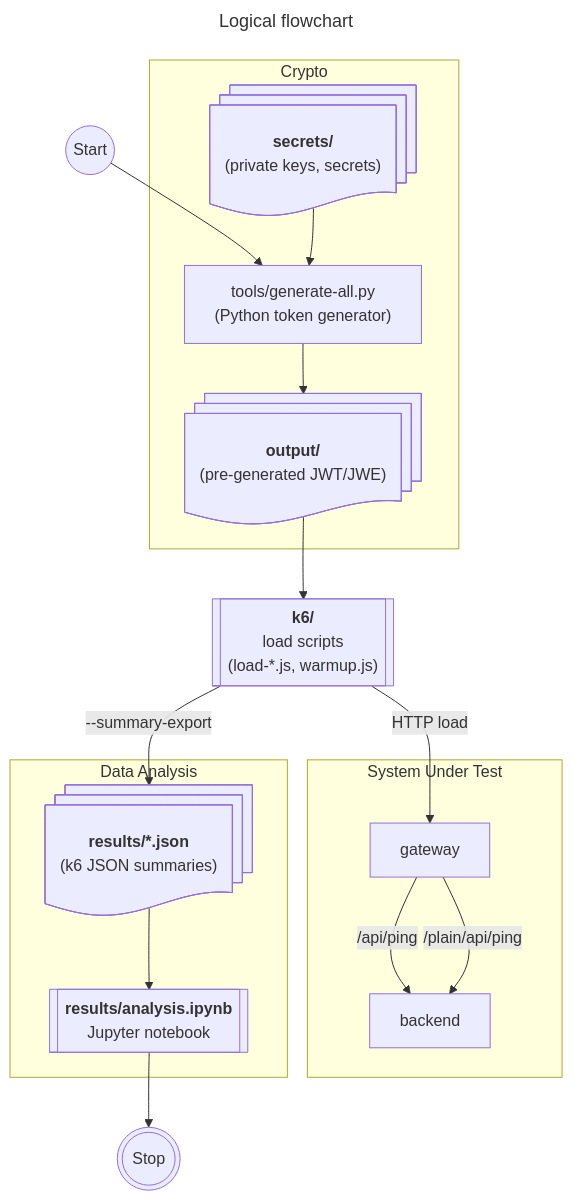
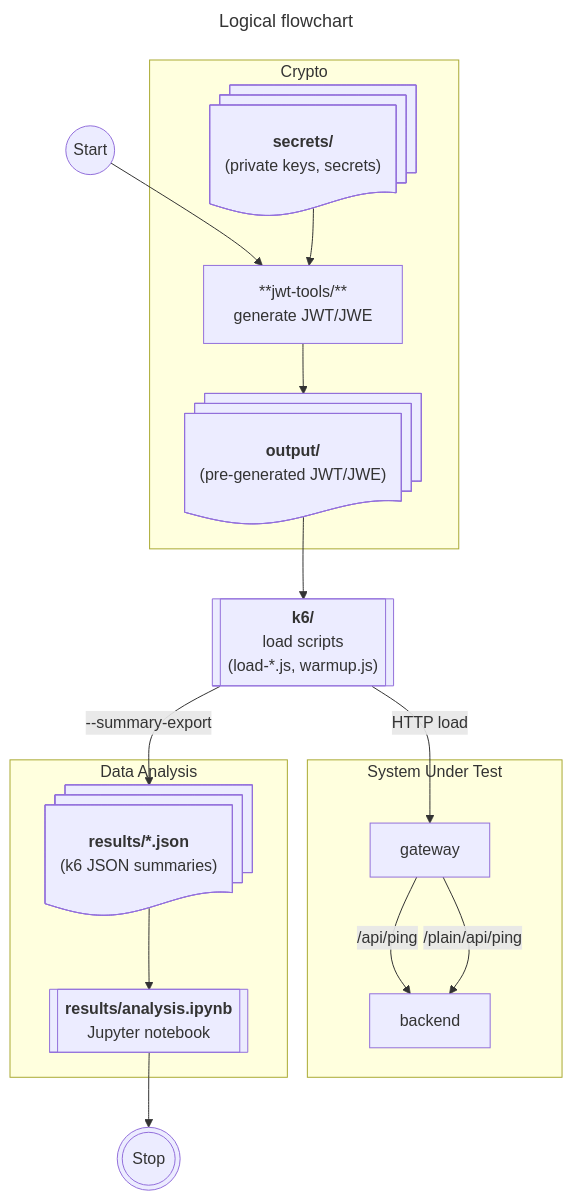
One commit to danilkiff/jwt-performance changed the diagram in README.md. Above: the diagram before and after it, drawn with Mermaid. The commit also changed other lines of this file and 12 other files, not shown here.

Commit message:
Use `danilkiff/jwt-token-generator` for JWT/JWE generation

````diff
--- a/README.md
+++ b/README.md
@@ -6,46 +6,46 @@
 ```mermaid
 ---
 title: Logical flowchart
 ---
 
 flowchart
 
     START@{ shape: circle, label: "Start" }
     STOP@{ shape: dbl-circ, label: "Stop" }
 
     subgraph SUT["System Under Test"]
         GW["gateway"]
         BE["backend"]
     end
 
     subgraph Crypto["Crypto"]
-        TOOLS["tools/generate-all.py <br> (Python token generator)"]
+        TOOLS["**jwt-tools/** <br> generate JWT/JWE"]
         SECRETS@{ shape: docs, label: "**secrets/** <br>(private keys, secrets)"}
         
         OUTPUT@{ shape: docs, label: "**output/** <br>(pre-generated JWT/JWE)"}
     end
 
     K6@{ shape: subproc, label: "**k6/** <br> load scripts <br> (load-*.js, warmup.js)" }
     
     subgraph DS["Data Analysis"]
         RESULTS@{ shape: docs, label: "**results/*.json** <br>(k6 JSON summaries)"}
 
         NB@{ shape: subproc, label: "**results/analysis.ipynb** <br> Jupyter notebook" }
     end
 
     START --> TOOLS
     
     SECRETS --> TOOLS 
     TOOLS --> OUTPUT
 
     OUTPUT --> K6
     K6 -->|HTTP load| GW
 
     GW -->|/api/ping| BE
     GW -->|/plain/api/ping| BE
 
     K6 -->|--summary-export| RESULTS
     RESULTS --> NB
 
     NB --> STOP
 ```
````
